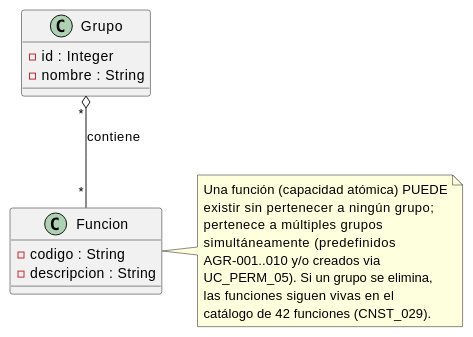
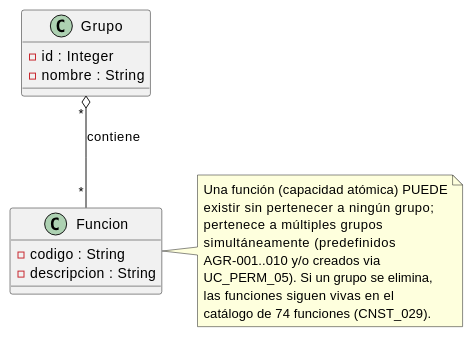
One commit to jcg-admin/IACT-docs changed the first of 17 diagrams in source/requisitos/_metodologia-aplicacion/agregacion-interfaces.rst. Above: the diagram before and after it, drawn with PlantUML. The commit also changed other lines of this file and 48 other files, not shown here.

```diff
--- a/source/requisitos/_metodologia-aplicacion/agregacion-interfaces.rst
+++ b/source/requisitos/_metodologia-aplicacion/agregacion-interfaces.rst
@@ -66,26 +66,26 @@
 .. uml::
 
    @startuml
    allowmixing
 
    class Grupo {
      - id : Integer
      - nombre : String
    }
    class Funcion {
      - codigo : String
      - descripcion : String
    }
 
    Grupo "*" o-- "*" Funcion : contiene
    note right of Funcion
      Una función (capacidad atómica) PUEDE
      existir sin pertenecer a ningún grupo;
      pertenece a múltiples grupos
      simultáneamente (predefinidos
      AGR-001..010 y/o creados via
      UC_PERM_05). Si un grupo se elimina,
      las funciones siguen vivas en el
-     catálogo de 42 funciones (CNST_029).
+     catálogo de 74 funciones (CNST_029).
    end note
    @enduml
```
